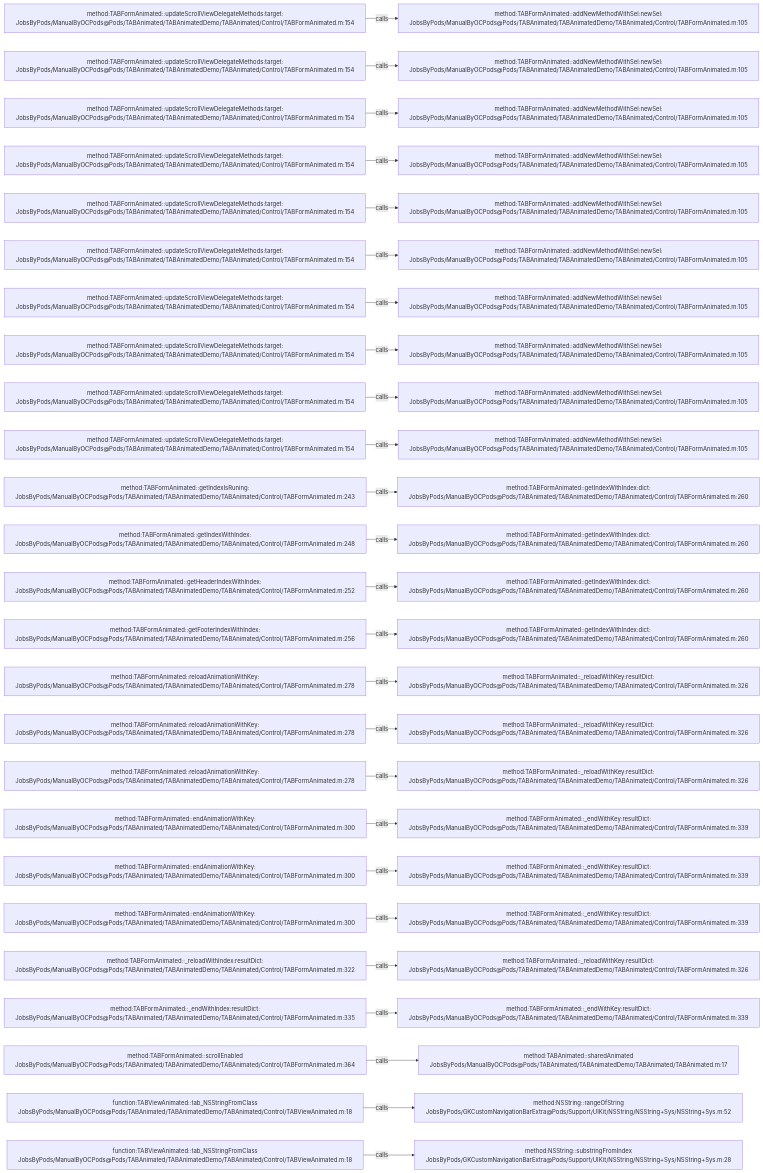
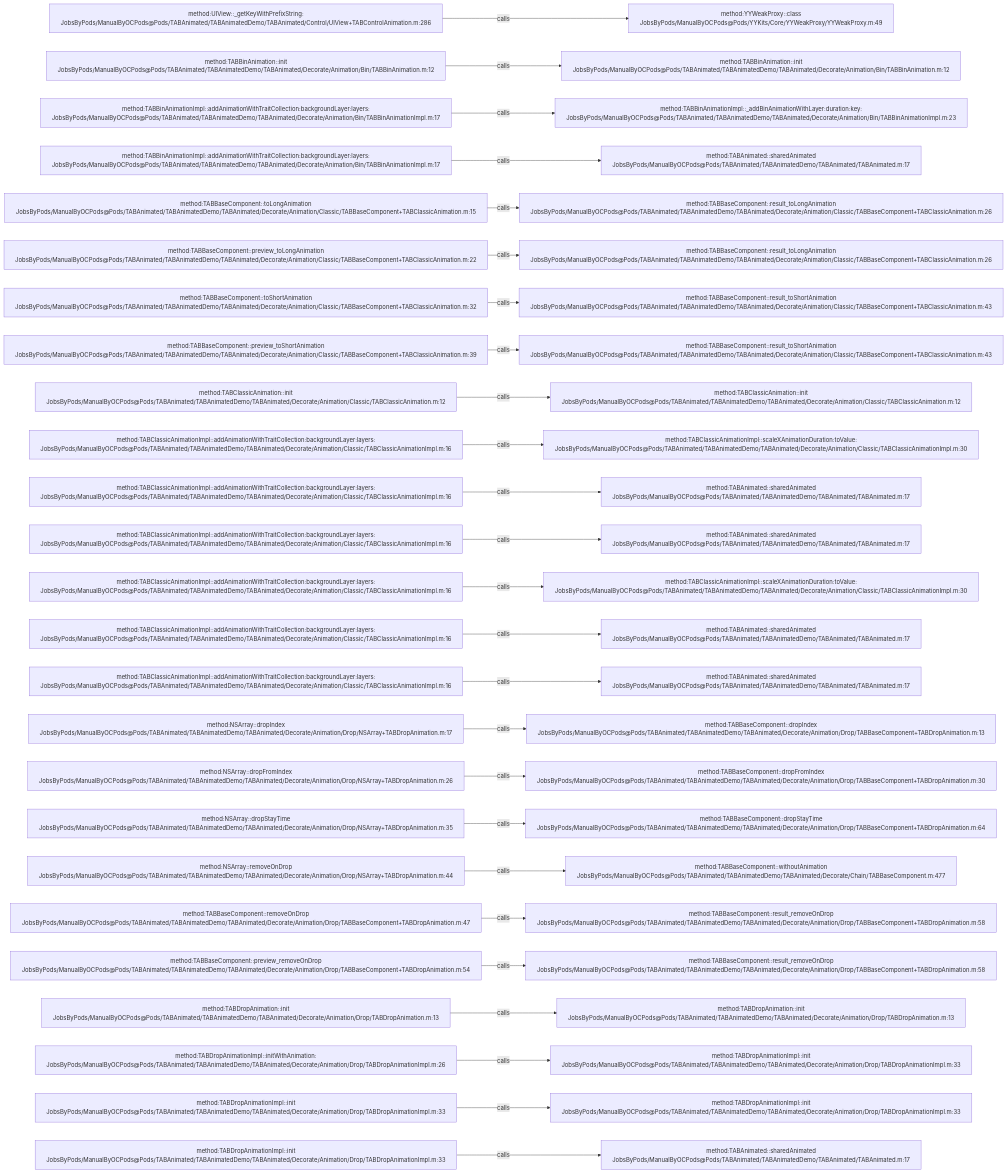
The diagram in .codegraph/codegraph.md/graphs/calls-026.md (JobsKits/JobsOCBaseConfigDemo), drawn with Mermaid before and after one commit. The commit also changed 1353 other files, not shown here.

````diff
--- a/.codegraph/codegraph.md/graphs/calls-026.md
+++ b/.codegraph/codegraph.md/graphs/calls-026.md
@@ -13,78 +13,78 @@
 ```mermaid
 flowchart LR
-  S1["method:TABFormAnimated::updateScrollViewDelegateMethods:target:<br/>JobsByPods/ManualByOCPods@Pods/TABAnimated/TABAnimatedDemo/TABAnimated/Control/TABFormAnimated.m:154"]
-  T1["method:TABFormAnimated::addNewMethodWithSel:newSel:<br/>JobsByPods/ManualByOCPods@Pods/TABAnimated/TABAnimatedDemo/TABAnimated/Control/TABFormAnimated.m:105"]
+  S1["method:UIView::_getKeyWithPrefixString:<br/>JobsByPods/ManualByOCPods@Pods/TABAnimated/TABAnimatedDemo/TABAnimated/Control/UIView+TABControlAnimation.m:286"]
+  T1["method:YYWeakProxy::class<br/>JobsByPods/ManualByOCPods@Pods/YYKits/Core/YYWeakProxy/YYWeakProxy.m:49"]
   S1 -->|calls| T1
-  S2["method:TABFormAnimated::updateScrollViewDelegateMethods:target:<br/>JobsByPods/ManualByOCPods@Pods/TABAnimated/TABAnimatedDemo/TABAnimated/Control/TABFormAnimated.m:154"]
-  T2["method:TABFormAnimated::addNewMethodWithSel:newSel:<br/>JobsByPods/ManualByOCPods@Pods/TABAnimated/TABAnimatedDemo/TABAnimated/Control/TABFormAnimated.m:105"]
+  S2["method:TABBinAnimation::init<br/>JobsByPods/ManualByOCPods@Pods/TABAnimated/TABAnimatedDemo/TABAnimated/Decorate/Animation/Bin/TABBinAnimation.m:12"]
+  T2["method:TABBinAnimation::init<br/>JobsByPods/ManualByOCPods@Pods/TABAnimated/TABAnimatedDemo/TABAnimated/Decorate/Animation/Bin/TABBinAnimation.m:12"]
   S2 -->|calls| T2
-  S3["method:TABFormAnimated::updateScrollViewDelegateMethods:target:<br/>JobsByPods/ManualByOCPods@Pods/TABAnimated/TABAnimatedDemo/TABAnimated/Control/TABFormAnimated.m:154"]
-  T3["method:TABFormAnimated::addNewMethodWithSel:newSel:<br/>JobsByPods/ManualByOCPods@Pods/TABAnimated/TABAnimatedDemo/TABAnimated/Control/TABFormAnimated.m:105"]
+  S3["method:TABBinAnimationImpl::addAnimationWithTraitCollection:backgroundLayer:layers:<br/>JobsByPods/ManualByOCPods@Pods/TABAnimated/TABAnimatedDemo/TABAnimated/Decorate/Animation/Bin/TABBinAnimationImpl.m:17"]
+  T3["method:TABBinAnimationImpl::_addBinAnimationWithLayer:duration:key:<br/>JobsByPods/ManualByOCPods@Pods/TABAnimated/TABAnimatedDemo/TABAnimated/Decorate/Animation/Bin/TABBinAnimationImpl.m:23"]
   S3 -->|calls| T3
-  S4["method:TABFormAnimated::updateScrollViewDelegateMethods:target:<br/>JobsByPods/ManualByOCPods@Pods/TABAnimated/TABAnimatedDemo/TABAnimated/Control/TABFormAnimated.m:154"]
-  T4["method:TABFormAnimated::addNewMethodWithSel:newSel:<br/>JobsByPods/ManualByOCPods@Pods/TABAnimated/TABAnimatedDemo/TABAnimated/Control/TABFormAnimated.m:105"]
+  S4["method:TABBinAnimationImpl::addAnimationWithTraitCollection:backgroundLayer:layers:<br/>JobsByPods/ManualByOCPods@Pods/TABAnimated/TABAnimatedDemo/TABAnimated/Decorate/Animation/Bin/TABBinAnimationImpl.m:17"]
+  T4["method:TABAnimated::sharedAnimated<br/>JobsByPods/ManualByOCPods@Pods/TABAnimated/TABAnimatedDemo/TABAnimated/TABAnimated.m:17"]
   S4 -->|calls| T4
-  S5["method:TABFormAnimated::updateScrollViewDelegateMethods:target:<br/>JobsByPods/ManualByOCPods@Pods/TABAnimated/TABAnimatedDemo/TABAnimated/Control/TABFormAnimated.m:154"]
-  T5["method:TABFormAnimated::addNewMethodWithSel:newSel:<br/>JobsByPods/ManualByOCPods@Pods/TABAnimated/TABAnimatedDemo/TABAnimated/Control/TABFormAnimated.m:105"]
+  S5["method:TABBaseComponent::toLongAnimation<br/>JobsByPods/ManualByOCPods@Pods/TABAnimated/TABAnimatedDemo/TABAnimated/Decorate/Animation/Classic/TABBaseComponent+TABClassicAnimation.m:15"]
+  T5["method:TABBaseComponent::result_toLongAnimation<br/>JobsByPods/ManualByOCPods@Pods/TABAnimated/TABAnimatedDemo/TABAnimated/Decorate/Animation/Classic/TABBaseComponent+TABClassicAnimation.m:26"]
   S5 -->|calls| T5
-  S6["method:TABFormAnimated::updateScrollViewDelegateMethods:target:<br/>JobsByPods/ManualByOCPods@Pods/TABAnimated/TABAnimatedDemo/TABAnimated/Control/TABFormAnimated.m:154"]
-  T6["method:TABFormAnimated::addNewMethodWithSel:newSel:<br/>JobsByPods/ManualByOCPods@Pods/TABAnimated/TABAnimatedDemo/TABAnimated/Control/TABFormAnimated.m:105"]
+  S6["method:TABBaseComponent::preview_toLongAnimation<br/>JobsByPods/ManualByOCPods@Pods/TABAnimated/TABAnimatedDemo/TABAnimated/Decorate/Animation/Classic/TABBaseComponent+TABClassicAnimation.m:22"]
+  T6["method:TABBaseComponent::result_toLongAnimation<br/>JobsByPods/ManualByOCPods@Pods/TABAnimated/TABAnimatedDemo/TABAnimated/Decorate/Animation/Classic/TABBaseComponent+TABClassicAnimation.m:26"]
   S6 -->|calls| T6
-  S7["method:TABFormAnimated::updateScrollViewDelegateMethods:target:<br/>JobsByPods/ManualByOCPods@Pods/TABAnimated/TABAnimatedDemo/TABAnimated/Control/TABFormAnimated.m:154"]
-  T7["method:TABFormAnimated::addNewMethodWithSel:newSel:<br/>JobsByPods/ManualByOCPods@Pods/TABAnimated/TABAnimatedDemo/TABAnimated/Control/TABFormAnimated.m:105"]
+  S7["method:TABBaseComponent::toShortAnimation<br/>JobsByPods/ManualByOCPods@Pods/TABAnimated/TABAnimatedDemo/TABAnimated/Decorate/Animation/Classic/TABBaseComponent+TABClassicAnimation.m:32"]
+  T7["method:TABBaseComponent::result_toShortAnimation<br/>JobsByPods/ManualByOCPods@Pods/TABAnimated/TABAnimatedDemo/TABAnimated/Decorate/Animation/Classic/TABBaseComponent+TABClassicAnimation.m:43"]
   S7 -->|calls| T7
-  S8["method:TABFormAnimated::updateScrollViewDelegateMethods:target:<br/>JobsByPods/ManualByOCPods@Pods/TABAnimated/TABAnimatedDemo/TABAnimated/Control/TABFormAnimated.m:154"]
-  T8["method:TABFormAnimated::addNewMethodWithSel:newSel:<br/>JobsByPods/ManualByOCPods@Pods/TABAnimated/TABAnimatedDemo/TABAnimated/Control/TABFormAnimated.m:105"]
+  S8["method:TABBaseComponent::preview_toShortAnimation<br/>JobsByPods/ManualByOCPods@Pods/TABAnimated/TABAnimatedDemo/TABAnimated/Decorate/Animation/Classic/TABBaseComponent+TABClassicAnimation.m:39"]
+  T8["method:TABBaseComponent::result_toShortAnimation<br/>JobsByPods/ManualByOCPods@Pods/TABAnimated/TABAnimatedDemo/TABAnimated/Decorate/Animation/Classic/TABBaseComponent+TABClassicAnimation.m:43"]
   S8 -->|calls| T8
-  S9["method:TABFormAnimated::updateScrollViewDelegateMethods:target:<br/>JobsByPods/ManualByOCPods@Pods/TABAnimated/TABAnimatedDemo/TABAnimated/Control/TABFormAnimated.m:154"]
-  T9["method:TABFormAnimated::addNewMethodWithSel:newSel:<br/>JobsByPods/ManualByOCPods@Pods/TABAnimated/TABAnimatedDemo/TABAnimated/Control/TABFormAnimated.m:105"]
+  S9["method:TABClassicAnimation::init<br/>JobsByPods/ManualByOCPods@Pods/TABAnimated/TABAnimatedDemo/TABAnimated/Decorate/Animation/Classic/TABClassicAnimation.m:12"]
+  T9["method:TABClassicAnimation::init<br/>JobsByPods/ManualByOCPods@Pods/TABAnimated/TABAnimatedDemo/TABAnimated/Decorate/Animation/Classic/TABClassicAnimation.m:12"]
   S9 -->|calls| T9
-  S10["method:TABFormAnimated::updateScrollViewDelegateMethods:target:<br/>JobsByPods/ManualByOCPods@Pods/TABAnimated/TABAnimatedDemo/TABAnimated/Control/TABFormAnimated.m:154"]
-  T10["method:TABFormAnimated::addNewMethodWithSel:newSel:<br/>JobsByPods/ManualByOCPods@Pods/TABAnimated/TABAnimatedDemo/TABAnimated/Control/TABFormAnimated.m:105"]
+  S10["method:TABClassicAnimationImpl::addAnimationWithTraitCollection:backgroundLayer:layers:<br/>JobsByPods/ManualByOCPods@Pods/TABAnimated/TABAnimatedDemo/TABAnimated/Decorate/Animation/Classic/TABClassicAnimationImpl.m:16"]
+  T10["method:TABClassicAnimationImpl::scaleXAnimationDuration:toValue:<br/>JobsByPods/ManualByOCPods@Pods/TABAnimated/TABAnimatedDemo/TABAnimated/Decorate/Animation/Classic/TABClassicAnimationImpl.m:30"]
   S10 -->|calls| T10
-  S11["method:TABFormAnimated::getIndexIsRuning:<br/>JobsByPods/ManualByOCPods@Pods/TABAnimated/TABAnimatedDemo/TABAnimated/Control/TABFormAnimated.m:243"]
-  T11["method:TABFormAnimated::getIndexWithIndex:dict:<br/>JobsByPods/ManualByOCPods@Pods/TABAnimated/TABAnimatedDemo/TABAnimated/Control/TABFormAnimated.m:260"]
+  S11["method:TABClassicAnimationImpl::addAnimationWithTraitCollection:backgroundLayer:layers:<br/>JobsByPods/ManualByOCPods@Pods/TABAnimated/TABAnimatedDemo/TABAnimated/Decorate/Animation/Classic/TABClassicAnimationImpl.m:16"]
+  T11["method:TABAnimated::sharedAnimated<br/>JobsByPods/ManualByOCPods@Pods/TABAnimated/TABAnimatedDemo/TABAnimated/TABAnimated.m:17"]
   S11 -->|calls| T11
-  S12["method:TABFormAnimated::getIndexWithIndex:<br/>JobsByPods/ManualByOCPods@Pods/TABAnimated/TABAnimatedDemo/TABAnimated/Control/TABFormAnimated.m:248"]
-  T12["method:TABFormAnimated::getIndexWithIndex:dict:<br/>JobsByPods/ManualByOCPods@Pods/TABAnimated/TABAnimatedDemo/TABAnimated/Control/TABFormAnimated.m:260"]
+  S12["method:TABClassicAnimationImpl::addAnimationWithTraitCollection:backgroundLayer:layers:<br/>JobsByPods/ManualByOCPods@Pods/TABAnimated/TABAnimatedDemo/TABAnimated/Decorate/Animation/Classic/TABClassicAnimationImpl.m:16"]
+  T12["method:TABAnimated::sharedAnimated<br/>JobsByPods/ManualByOCPods@Pods/TABAnimated/TABAnimatedDemo/TABAnimated/TABAnimated.m:17"]
   S12 -->|calls| T12
-  S13["method:TABFormAnimated::getHeaderIndexWithIndex:<br/>JobsByPods/ManualByOCPods@Pods/TABAnimated/TABAnimatedDemo/TABAnimated/Control/TABFormAnimated.m:252"]
-  T13["method:TABFormAnimated::getIndexWithIndex:dict:<br/>JobsByPods/ManualByOCPods@Pods/TABAnimated/TABAnimatedDemo/TABAnimated/Control/TABFormAnimated.m:260"]
+  S13["method:TABClassicAnimationImpl::addAnimationWithTraitCollection:backgroundLayer:layers:<br/>JobsByPods/ManualByOCPods@Pods/TABAnimated/TABAnimatedDemo/TABAnimated/Decorate/Animation/Classic/TABClassicAnimationImpl.m:16"]
+  T13["method:TABClassicAnimationImpl::scaleXAnimationDuration:toValue:<br/>JobsByPods/ManualByOCPods@Pods/TABAnimated/TABAnimatedDemo/TABAnimated/Decorate/Animation/Classic/TABClassicAnimationImpl.m:30"]
   S13 -->|calls| T13
-  S14["method:TABFormAnimated::getFooterIndexWithIndex:<br/>JobsByPods/ManualByOCPods@Pods/TABAnimated/TABAnimatedDemo/TABAnimated/Control/TABFormAnimated.m:256"]
-  T14["method:TABFormAnimated::getIndexWithIndex:dict:<br/>JobsByPods/ManualByOCPods@Pods/TABAnimated/TABAnimatedDemo/TABAnimated/Control/TABFormAnimated.m:260"]
+  S14["method:TABClassicAnimationImpl::addAnimationWithTraitCollection:backgroundLayer:layers:<br/>JobsByPods/ManualByOCPods@Pods/TABAnimated/TABAnimatedDemo/TABAnimated/Decorate/Animation/Classic/TABClassicAnimationImpl.m:16"]
+  T14["method:TABAnimated::sharedAnimated<br/>JobsByPods/ManualByOCPods@Pods/TABAnimated/TABAnimatedDemo/TABAnimated/TABAnimated.m:17"]
   S14 -->|calls| T14
-  S15["method:TABFormAnimated::reloadAnimationWithKey:<br/>JobsByPods/ManualByOCPods@Pods/TABAnimated/TABAnimatedDemo/TABAnimated/Control/TABFormAnimated.m:278"]
-  T15["method:TABFormAnimated::_reloadWithKey:resultDict:<br/>JobsByPods/ManualByOCPods@Pods/TABAnimated/TABAnimatedDemo/TABAnimated/Control/TABFormAnimated.m:326"]
+  S15["method:TABClassicAnimationImpl::addAnimationWithTraitCollection:backgroundLayer:layers:<br/>JobsByPods/ManualByOCPods@Pods/TABAnimated/TABAnimatedDemo/TABAnimated/Decorate/Animation/Classic/TABClassicAnimationImpl.m:16"]
+  T15["method:TABAnimated::sharedAnimated<br/>JobsByPods/ManualByOCPods@Pods/TABAnimated/TABAnimatedDemo/TABAnimated/TABAnimated.m:17"]
   S15 -->|calls| T15
-  S16["method:TABFormAnimated::reloadAnimationWithKey:<br/>JobsByPods/ManualByOCPods@Pods/TABAnimated/TABAnimatedDemo/TABAnimated/Control/TABFormAnimated.m:278"]
-  T16["method:TABFormAnimated::_reloadWithKey:resultDict:<br/>JobsByPods/ManualByOCPods@Pods/TABAnimated/TABAnimatedDemo/TABAnimated/Control/TABFormAnimated.m:326"]
+  S16["method:NSArray::dropIndex<br/>JobsByPods/ManualByOCPods@Pods/TABAnimated/TABAnimatedDemo/TABAnimated/Decorate/Animation/Drop/NSArray+TABDropAnimation.m:17"]
+  T16["method:TABBaseComponent::dropIndex<br/>JobsByPods/ManualByOCPods@Pods/TABAnimated/TABAnimatedDemo/TABAnimated/Decorate/Animation/Drop/TABBaseComponent+TABDropAnimation.m:13"]
   S16 -->|calls| T16
-  S17["method:TABFormAnimated::reloadAnimationWithKey:<br/>JobsByPods/ManualByOCPods@Pods/TABAnimated/TABAnimatedDemo/TABAnimated/Control/TABFormAnimated.m:278"]
-  T17["method:TABFormAnimated::_reloadWithKey:resultDict:<br/>JobsByPods/ManualByOCPods@Pods/TABAnimated/TABAnimatedDemo/TABAnimated/Control/TABFormAnimated.m:326"]
+  S17["method:NSArray::dropFromIndex<br/>JobsByPods/ManualByOCPods@Pods/TABAnimated/TABAnimatedDemo/TABAnimated/Decorate/Animation/Drop/NSArray+TABDropAnimation.m:26"]
+  T17["method:TABBaseComponent::dropFromIndex<br/>JobsByPods/ManualByOCPods@Pods/TABAnimated/TABAnimatedDemo/TABAnimated/Decorate/Animation/Drop/TABBaseComponent+TABDropAnimation.m:30"]
   S17 -->|calls| T17
-  S18["method:TABFormAnimated::endAnimationWithKey:<br/>JobsByPods/ManualByOCPods@Pods/TABAnimated/TABAnimatedDemo/TABAnimated/Control/TABFormAnimated.m:300"]
-  T18["method:TABFormAnimated::_endWithKey:resultDict:<br/>JobsByPods/ManualByOCPods@Pods/TABAnimated/TABAnimatedDemo/TABAnimated/Control/TABFormAnimated.m:339"]
+  S18["method:NSArray::dropStayTime<br/>JobsByPods/ManualByOCPods@Pods/TABAnimated/TABAnimatedDemo/TABAnimated/Decorate/Animation/Drop/NSArray+TABDropAnimation.m:35"]
+  T18["method:TABBaseComponent::dropStayTime<br/>JobsByPods/ManualByOCPods@Pods/TABAnimated/TABAnimatedDemo/TABAnimated/Decorate/Animation/Drop/TABBaseComponent+TABDropAnimation.m:64"]
   S18 -->|calls| T18
-  S19["method:TABFormAnimated::endAnimationWithKey:<br/>JobsByPods/ManualByOCPods@Pods/TABAnimated/TABAnimatedDemo/TABAnimated/Control/TABFormAnimated.m:300"]
-  T19["method:TABFormAnimated::_endWithKey:resultDict:<br/>JobsByPods/ManualByOCPods@Pods/TABAnimated/TABAnimatedDemo/TABAnimated/Control/TABFormAnimated.m:339"]
+  S19["method:NSArray::removeOnDrop<br/>JobsByPods/ManualByOCPods@Pods/TABAnimated/TABAnimatedDemo/TABAnimated/Decorate/Animation/Drop/NSArray+TABDropAnimation.m:44"]
+  T19["method:TABBaseComponent::withoutAnimation<br/>JobsByPods/ManualByOCPods@Pods/TABAnimated/TABAnimatedDemo/TABAnimated/Decorate/Chain/TABBaseComponent.m:477"]
   S19 -->|calls| T19
-  S20["method:TABFormAnimated::endAnimationWithKey:<br/>JobsByPods/ManualByOCPods@Pods/TABAnimated/TABAnimatedDemo/TABAnimated/Control/TABFormAnimated.m:300"]
-  T20["method:TABFormAnimated::_endWithKey:resultDict:<br/>JobsByPods/ManualByOCPods@Pods/TABAnimated/TABAnimatedDemo/TABAnimated/Control/TABFormAnimated.m:339"]
+  S20["method:TABBaseComponent::removeOnDrop<br/>JobsByPods/ManualByOCPods@Pods/TABAnimated/TABAnimatedDemo/TABAnimated/Decorate/Animation/Drop/TABBaseComponent+TABDropAnimation.m:47"]
+  T20["method:TABBaseComponent::result_removeOnDrop<br/>JobsByPods/ManualByOCPods@Pods/TABAnimated/TABAnimatedDemo/TABAnimated/Decorate/Animation/Drop/TABBaseComponent+TABDropAnimation.m:58"]
   S20 -->|calls| T20
-  S21["method:TABFormAnimated::_reloadWithIndex:resultDict:<br/>JobsByPods/ManualByOCPods@Pods/TABAnimated/TABAnimatedDemo/TABAnimated/Control/TABFormAnimated.m:322"]
-  T21["method:TABFormAnimated::_reloadWithKey:resultDict:<br/>JobsByPods/ManualByOCPods@Pods/TABAnimated/TABAnimatedDemo/TABAnimated/Control/TABFormAnimated.m:326"]
+  S21["method:TABBaseComponent::preview_removeOnDrop<br/>JobsByPods/ManualByOCPods@Pods/TABAnimated/TABAnimatedDemo/TABAnimated/Decorate/Animation/Drop/TABBaseComponent+TABDropAnimation.m:54"]
+  T21["method:TABBaseComponent::result_removeOnDrop<br/>JobsByPods/ManualByOCPods@Pods/TABAnimated/TABAnimatedDemo/TABAnimated/Decorate/Animation/Drop/TABBaseComponent+TABDropAnimation.m:58"]
   S21 -->|calls| T21
-  S22["method:TABFormAnimated::_endWithIndex:resultDict:<br/>JobsByPods/ManualByOCPods@Pods/TABAnimated/TABAnimatedDemo/TABAnimated/Control/TABFormAnimated.m:335"]
-  T22["method:TABFormAnimated::_endWithKey:resultDict:<br/>JobsByPods/ManualByOCPods@Pods/TABAnimated/TABAnimatedDemo/TABAnimated/Control/TABFormAnimated.m:339"]
+  S22["method:TABDropAnimation::init<br/>JobsByPods/ManualByOCPods@Pods/TABAnimated/TABAnimatedDemo/TABAnimated/Decorate/Animation/Drop/TABDropAnimation.m:13"]
+  T22["method:TABDropAnimation::init<br/>JobsByPods/ManualByOCPods@Pods/TABAnimated/TABAnimatedDemo/TABAnimated/Decorate/Animation/Drop/TABDropAnimation.m:13"]
   S22 -->|calls| T22
-  S23["method:TABFormAnimated::scrollEnabled<br/>JobsByPods/ManualByOCPods@Pods/TABAnimated/TABAnimatedDemo/TABAnimated/Control/TABFormAnimated.m:364"]
-  T23["method:TABAnimated::sharedAnimated<br/>JobsByPods/ManualByOCPods@Pods/TABAnimated/TABAnimatedDemo/TABAnimated/TABAnimated.m:17"]
+  S23["method:TABDropAnimationImpl::initWithAnimation:<br/>JobsByPods/ManualByOCPods@Pods/TABAnimated/TABAnimatedDemo/TABAnimated/Decorate/Animation/Drop/TABDropAnimationImpl.m:26"]
+  T23["method:TABDropAnimationImpl::init<br/>JobsByPods/ManualByOCPods@Pods/TABAnimated/TABAnimatedDemo/TABAnimated/Decorate/Animation/Drop/TABDropAnimationImpl.m:33"]
   S23 -->|calls| T23
-  S24["function:TABViewAnimated::tab_NSStringFromClass<br/>JobsByPods/ManualByOCPods@Pods/TABAnimated/TABAnimatedDemo/TABAnimated/Control/TABViewAnimated.m:18"]
-  T24["method:NSString::rangeOfString<br/>JobsByPods/GKCustomNavigationBarExtra@Pods/Support/UIKit/NSString/NSString+Sys/NSString+Sys.m:52"]
+  S24["method:TABDropAnimationImpl::init<br/>JobsByPods/ManualByOCPods@Pods/TABAnimated/TABAnimatedDemo/TABAnimated/Decorate/Animation/Drop/TABDropAnimationImpl.m:33"]
+  T24["method:TABDropAnimationImpl::init<br/>JobsByPods/ManualByOCPods@Pods/TABAnimated/TABAnimatedDemo/TABAnimated/Decorate/Animation/Drop/TABDropAnimationImpl.m:33"]
   S24 -->|calls| T24
-  S25["function:TABViewAnimated::tab_NSStringFromClass<br/>JobsByPods/ManualByOCPods@Pods/TABAnimated/TABAnimatedDemo/TABAnimated/Control/TABViewAnimated.m:18"]
-  T25["method:NSString::substringFromIndex<br/>JobsByPods/GKCustomNavigationBarExtra@Pods/Support/UIKit/NSString/NSString+Sys/NSString+Sys.m:28"]
+  S25["method:TABDropAnimationImpl::init<br/>JobsByPods/ManualByOCPods@Pods/TABAnimated/TABAnimatedDemo/TABAnimated/Decorate/Animation/Drop/TABDropAnimationImpl.m:33"]
+  T25["method:TABAnimated::sharedAnimated<br/>JobsByPods/ManualByOCPods@Pods/TABAnimated/TABAnimatedDemo/TABAnimated/TABAnimated.m:17"]
   S25 -->|calls| T25
 ```
````
